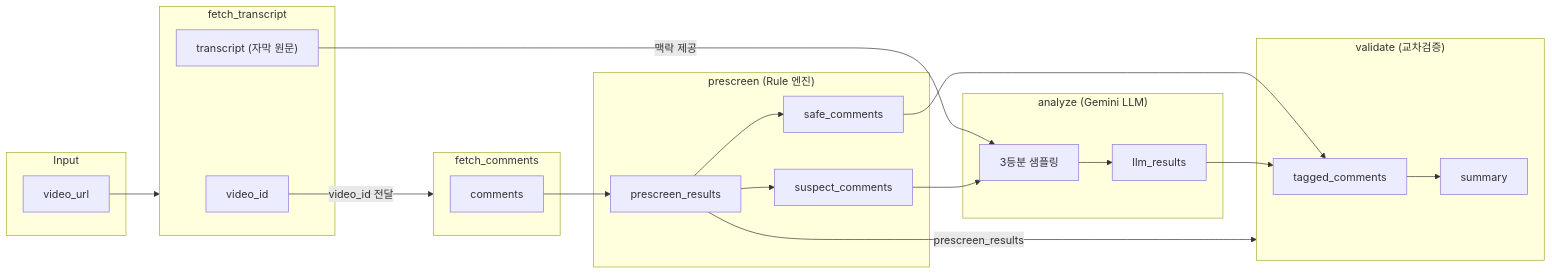
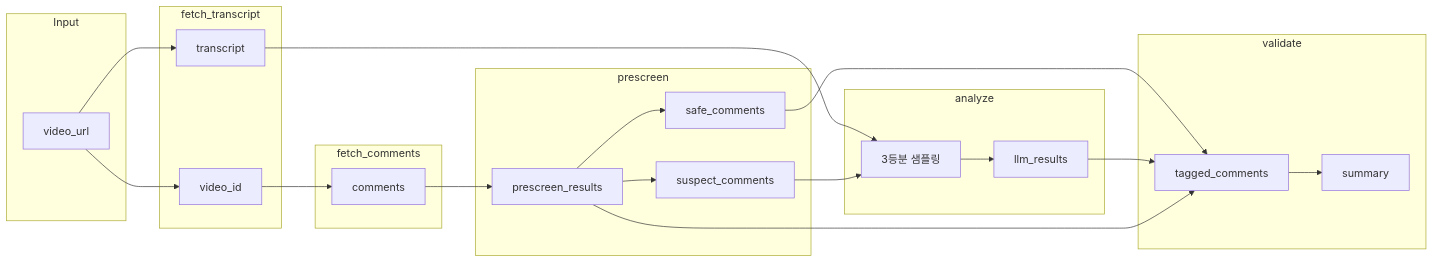
One commit to euisuk-chung/gemini-hak-creator-hub changed the fourth of 6 diagrams in backend/ARCHITECTURE.md. Above: the diagram before and after it, drawn with Mermaid. The commit also changed other lines of this file, not shown here.

````diff
--- a/backend/ARCHITECTURE.md
+++ b/backend/ARCHITECTURE.md
@@ -239,44 +239,45 @@
 ```mermaid
 flowchart LR
     subgraph Input
         VU["video_url"]
     end
 
-    subgraph FT["fetch_transcript"]
+    subgraph Step1["fetch_transcript"]
         VID["video_id"]
-        TR["transcript (자막 원문)"]
+        TR["transcript"]
     end
 
-    subgraph FC["fetch_comments"]
+    subgraph Step2["fetch_comments"]
         CM["comments"]
     end
 
-    subgraph Prescreen["prescreen (Rule 엔진)"]
+    subgraph Step3["prescreen"]
         PR["prescreen_results"]
         SC["safe_comments"]
         SU["suspect_comments"]
     end
 
-    subgraph Analyze["analyze (Gemini LLM)"]
+    subgraph Step4["analyze"]
         SP["3등분 샘플링"]
         LLM_R["llm_results"]
     end
 
-    subgraph Validate["validate (교차검증)"]
+    subgraph Step5["validate"]
         TC["tagged_comments"]
         SM["summary"]
     end
 
-    VU --> FT
-    VID -->|video_id 전달| FC
+    VU --> VID
+    VU --> TR
+    VID --> CM
     CM --> PR
     PR --> SC
     PR --> SU
-    TR -->|맥락 제공| SP
+    TR --> SP
     SU --> SP
     SP --> LLM_R
     SC --> TC
     LLM_R --> TC
-    PR -->|prescreen_results| Validate
+    PR --> TC
     TC --> SM
 ```
````
